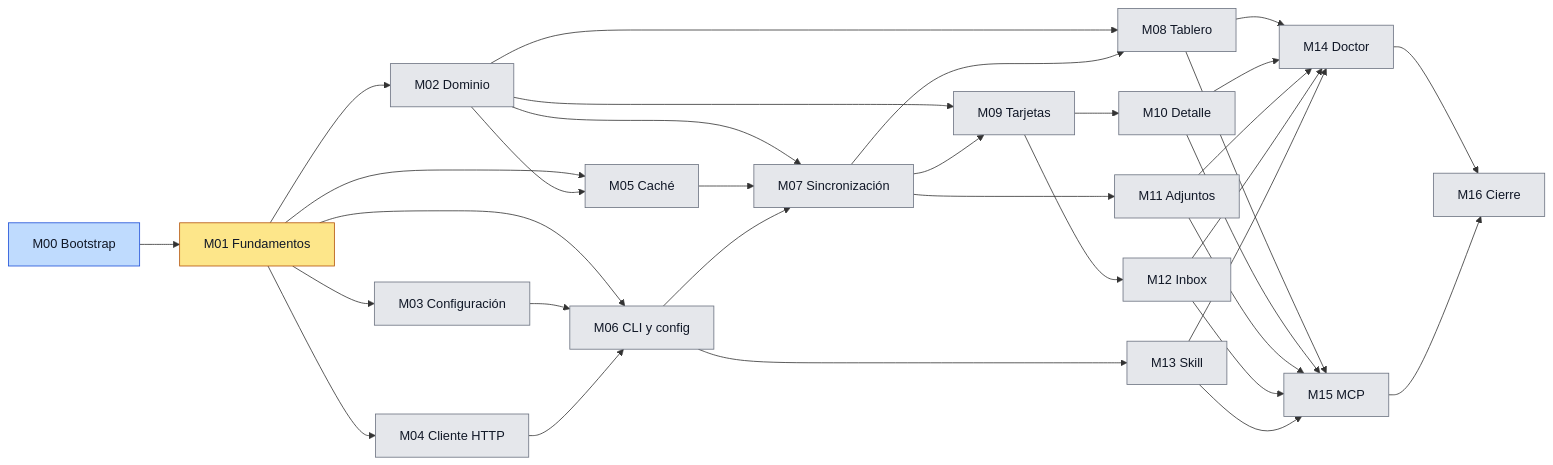
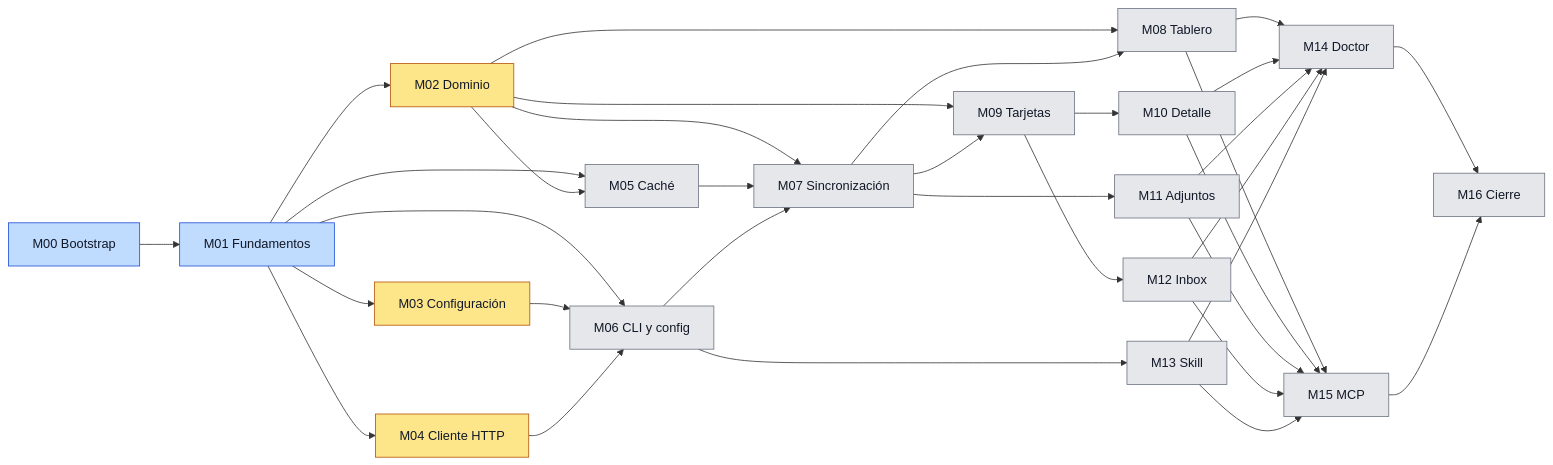
One commit to dayler/trelloctl changed the diagram in docs/plan/00-plan-maestro.md. Above: the diagram before and after it, drawn with Mermaid. The commit also changed other lines of this file, not shown here.

Commit message:
docs(plan): M01 in review, start wave 2

````diff
--- a/docs/plan/00-plan-maestro.md
+++ b/docs/plan/00-plan-maestro.md
@@ -84,44 +84,45 @@
 ```mermaid
 flowchart LR
     M00[M00 Bootstrap] --> M01[M01 Fundamentos]
     M01 --> M02[M02 Dominio]
     M01 --> M03[M03 Configuración]
     M01 --> M04[M04 Cliente HTTP]
     M01 --> M05[M05 Caché]
     M02 --> M05
     M01 --> M06[M06 CLI y config]
     M03 --> M06
     M04 --> M06
     M02 --> M07[M07 Sincronización]
     M05 --> M07
     M06 --> M07
     M06 --> M13[M13 Skill]
     M02 --> M08[M08 Tablero]
     M07 --> M08
     M02 --> M09[M09 Tarjetas]
     M07 --> M09
     M07 --> M11[M11 Adjuntos]
     M09 --> M10[M10 Detalle]
     M09 --> M12[M12 Inbox]
     M08 --> M14[M14 Doctor]
     M10 --> M14
     M11 --> M14
     M12 --> M14
     M13 --> M14
     M08 --> M15[M15 MCP]
     M10 --> M15
     M11 --> M15
     M12 --> M15
     M13 --> M15
     M14 --> M16[M16 Cierre]
     M15 --> M16
 
     classDef pending fill:#e5e7eb,stroke:#6b7280,color:#111827
     classDef in_progress fill:#fde68a,stroke:#b45309,color:#111827
     classDef in_review fill:#bfdbfe,stroke:#1d4ed8,color:#111827
     classDef done fill:#bbf7d0,stroke:#15803d,color:#111827
     classDef blocked fill:#fecaca,stroke:#b91c1c,color:#111827
-    class M02,M03,M04,M05,M06,M07,M08,M09,M10,M11,M12,M13,M14,M15,M16 pending
+    class M05,M06,M07,M08,M09,M10,M11,M12,M13,M14,M15,M16 pending
     class M00 in_review
-    class M01 in_progress
+    class M01 in_review
+    class M02,M03,M04 in_progress
 ```
````
